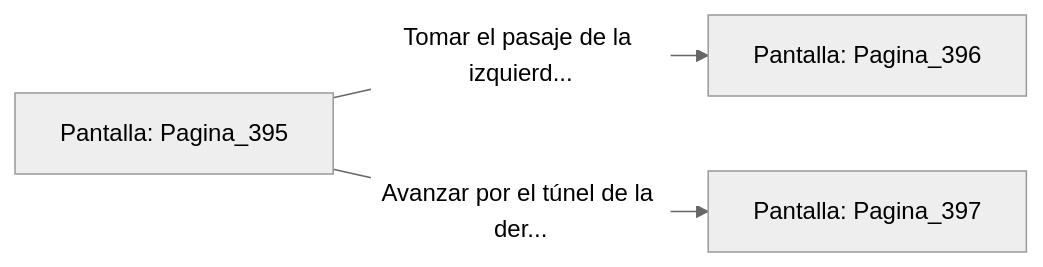
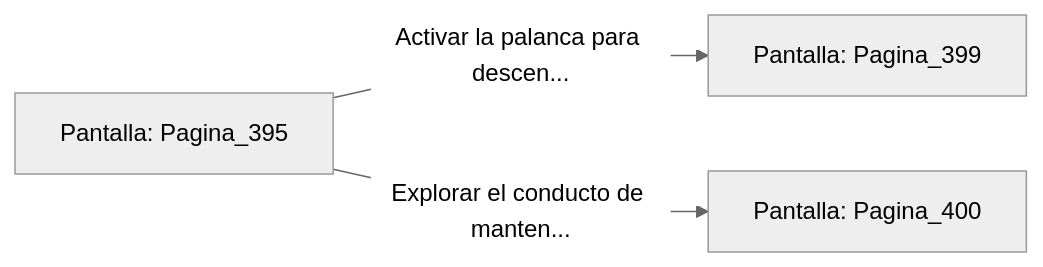
Before and after one commit to metsuke/mpl: the diagram in sample/eligejuego-vault/Pantalla_Pagina_395.md, drawn with Mermaid (neutral theme). The commit also changed other lines of this file and 635 other files, not shown here.

First line of the commit message:
fix: añadir Pagina_1 como pantalla inicial en capitulo_01.mpl

````diff
--- a/sample/eligejuego-vault/Pantalla_Pagina_395.md
+++ b/sample/eligejuego-vault/Pantalla_Pagina_395.md
@@ -20,6 +24,6 @@
 ```mermaid
 graph LR
     P_Pagina_395["Pantalla: Pagina_395"]
-    P_Pagina_395 -->|"Tomar el pasaje de la izquierd..."| P_Pagina_396["Pantalla: Pagina_396"]
-    P_Pagina_395 -->|"Avanzar por el túnel de la der..."| P_Pagina_397["Pantalla: Pagina_397"]
+    P_Pagina_395 -->|"Activar la palanca para descen..."| P_Pagina_399["Pantalla: Pagina_399"]
+    P_Pagina_395 -->|"Explorar el conducto de manten..."| P_Pagina_400["Pantalla: Pagina_400"]
 ```
````
